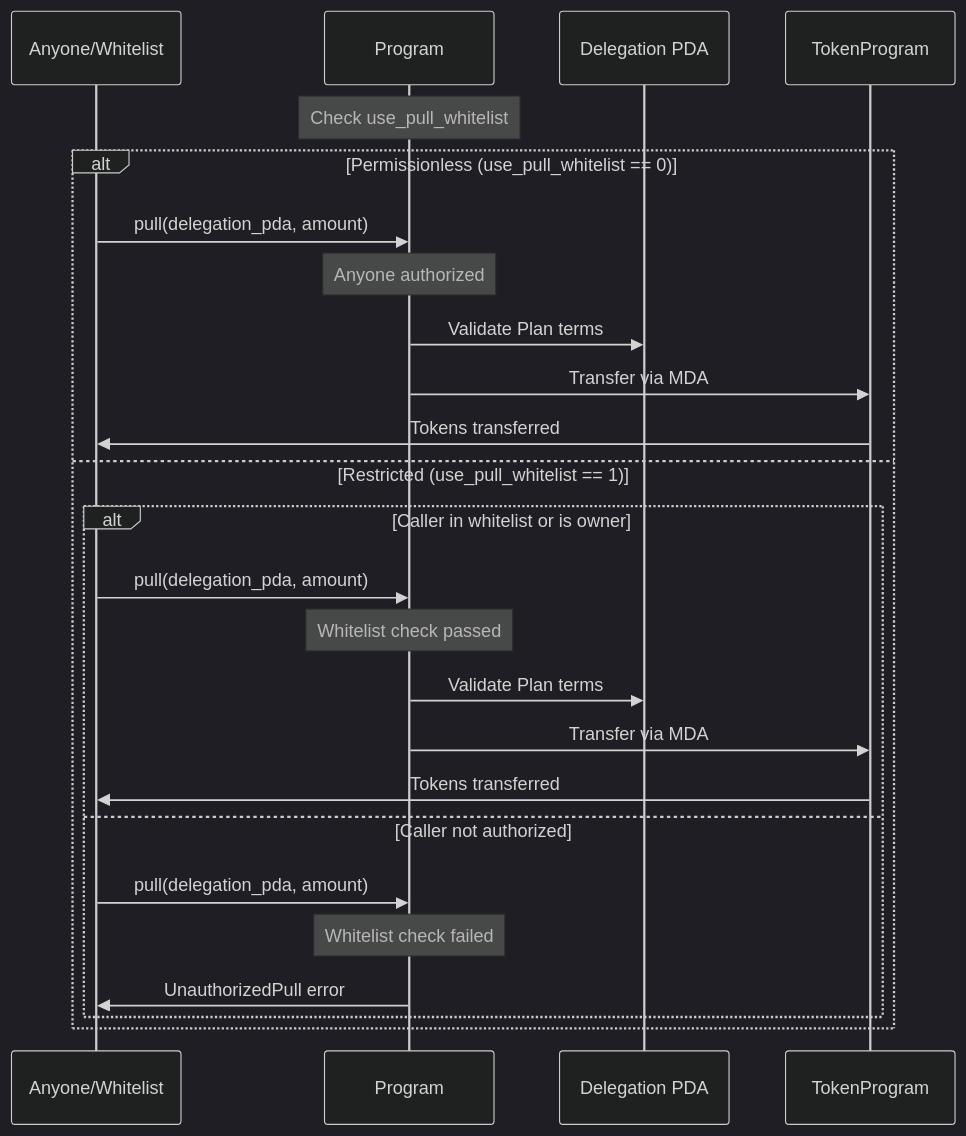
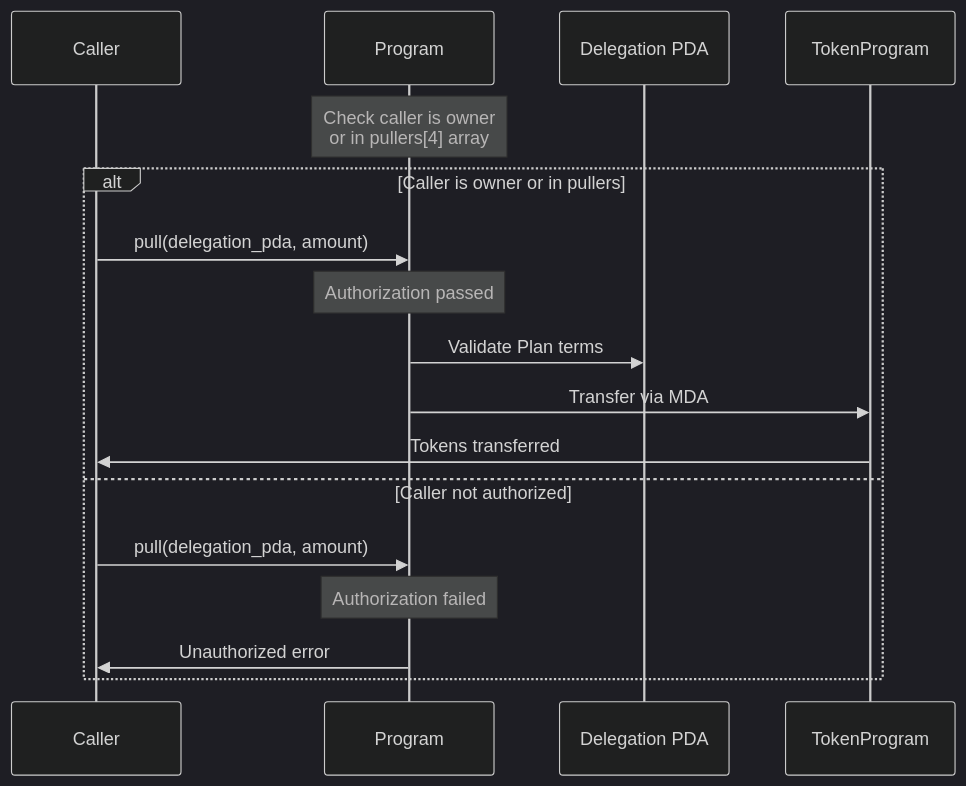
Before and after one commit to solana-program/multi-delegator: the fourth of 6 diagrams in docs/002-subscriptions-architecture.md, drawn with Mermaid (dark theme). The commit also changed other lines of this file and 11 other files, not shown here.

````diff
--- a/docs/002-subscriptions-architecture.md
+++ b/docs/002-subscriptions-architecture.md
@@ -394,29 +393,21 @@
 ```mermaid
 sequenceDiagram
-    participant X as Anyone/Whitelist
+    participant X as Caller
     participant P as Program
     participant DA as Delegation PDA
     participant T as TokenProgram
 
-    Note over P: Check use_pull_whitelist
+    Note over P: Check caller is owner<br/>or in pullers[4] array
 
-    alt Permissionless (use_pull_whitelist == 0)
+    alt Caller is owner or in pullers
         X->>P: pull(delegation_pda, amount)
-        Note over P: Anyone authorized
+        Note over P: Authorization passed
         P->>DA: Validate Plan terms
         P->>T: Transfer via MDA
         T->>X: Tokens transferred
-    else Restricted (use_pull_whitelist == 1)
-        alt Caller in whitelist or is owner
-            X->>P: pull(delegation_pda, amount)
-            Note over P: Whitelist check passed
-            P->>DA: Validate Plan terms
-            P->>T: Transfer via MDA
-            T->>X: Tokens transferred
-        else Caller not authorized
-            X->>P: pull(delegation_pda, amount)
-            Note over P: Whitelist check failed
-            P->>X: UnauthorizedPull error
-        end
+    else Caller not authorized
+        X->>P: pull(delegation_pda, amount)
+        Note over P: Authorization failed
+        P->>X: Unauthorized error
     end
 ```
````
